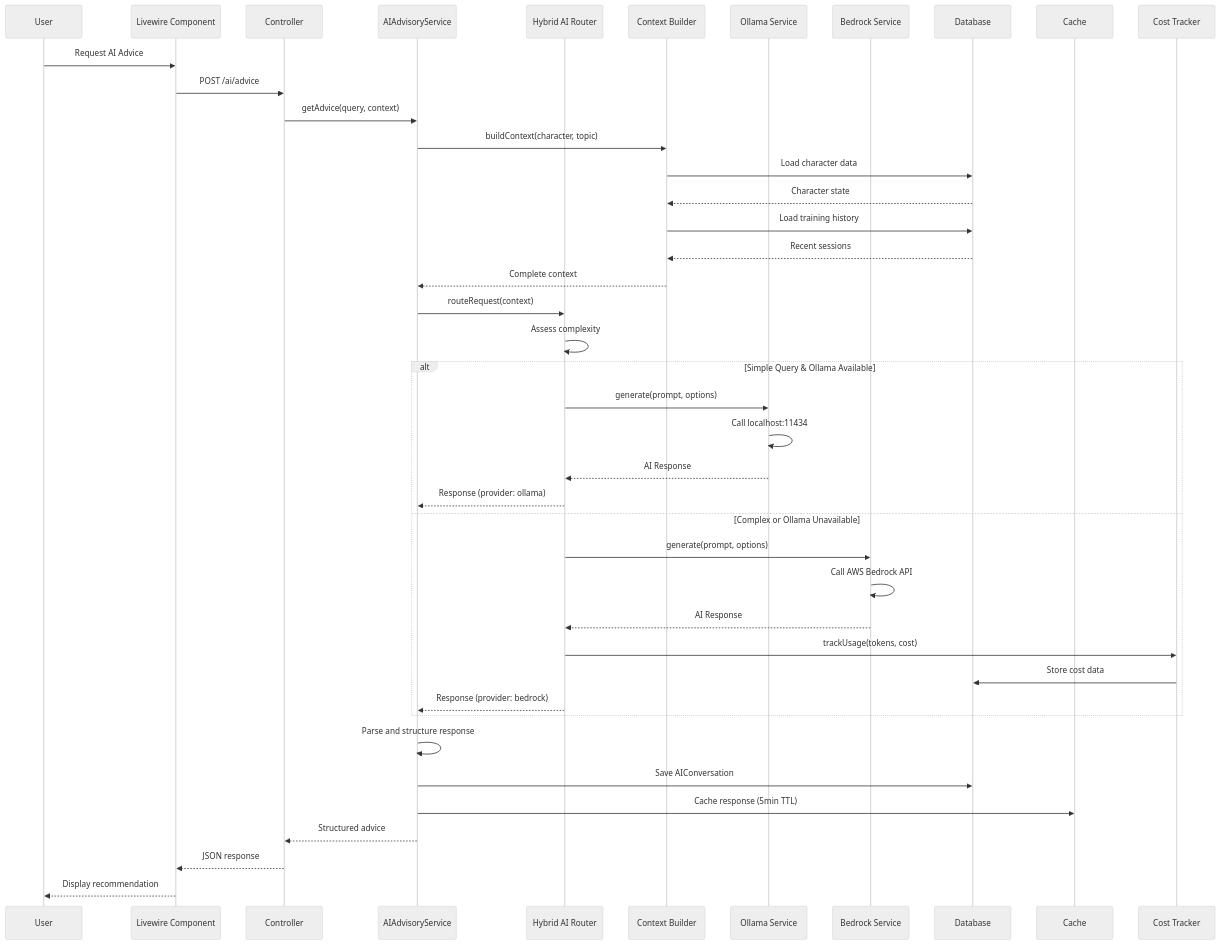
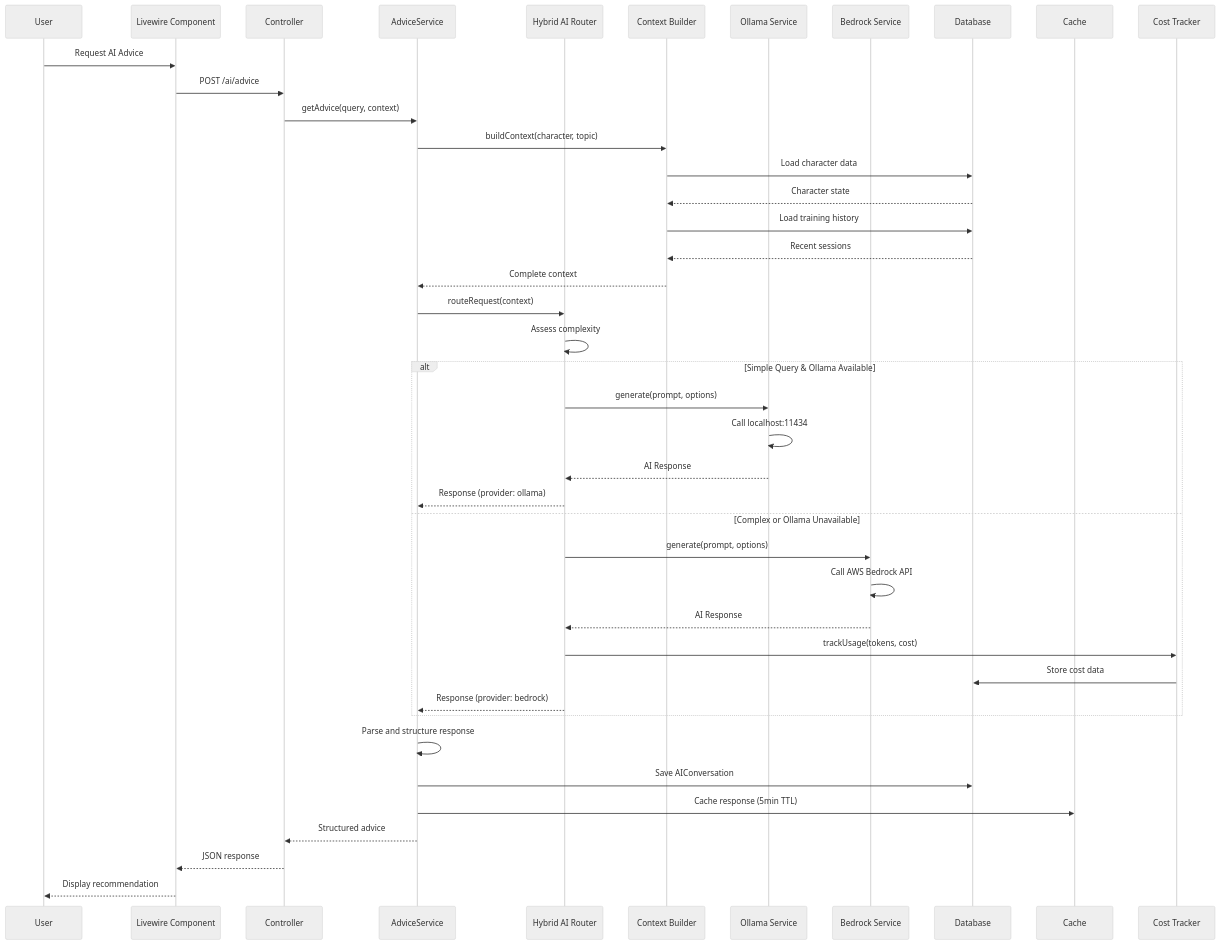
The second of 9 diagrams in docs/01-tech-flow/TECH-FLOW-006_AI_Advisory_Flow.md (exatfrds67/umamusume-career-planner), drawn with Mermaid (neutral theme) before and after one commit. The commit also changed other lines of this file and 111 other files, not shown here.

````diff
--- a/docs/01-tech-flow/TECH-FLOW-006_AI_Advisory_Flow.md
+++ b/docs/01-tech-flow/TECH-FLOW-006_AI_Advisory_Flow.md
@@ -154,50 +154,50 @@
 ```mermaid
 sequenceDiagram
     participant User
     participant UI as Livewire Component
     participant Controller
-    participant Advisory as AIAdvisoryService
+    participant Advisory as AdviceService
     participant Router as Hybrid AI Router
     participant Context as Context Builder
     participant Ollama as Ollama Service
     participant Bedrock as Bedrock Service
     participant DB as Database
     participant Cache
     participant Cost as Cost Tracker
 
     User->>UI: Request AI Advice
     UI->>Controller: POST /ai/advice
     Controller->>Advisory: getAdvice(query, context)
     
     Advisory->>Context: buildContext(character, topic)
     Context->>DB: Load character data
     DB-->>Context: Character state
     Context->>DB: Load training history
     DB-->>Context: Recent sessions
     Context-->>Advisory: Complete context
     
     Advisory->>Router: routeRequest(context)
     Router->>Router: Assess complexity
     
     alt Simple Query & Ollama Available
         Router->>Ollama: generate(prompt, options)
         Ollama->>Ollama: Call localhost:11434
         Ollama-->>Router: AI Response
         Router-->>Advisory: Response (provider: ollama)
     else Complex or Ollama Unavailable
         Router->>Bedrock: generate(prompt, options)
         Bedrock->>Bedrock: Call AWS Bedrock API
         Bedrock-->>Router: AI Response
         Router->>Cost: trackUsage(tokens, cost)
         Cost->>DB: Store cost data
         Router-->>Advisory: Response (provider: bedrock)
     end
     
     Advisory->>Advisory: Parse and structure response
     Advisory->>DB: Save AIConversation
     Advisory->>Cache: Cache response (5min TTL)
     
     Advisory-->>Controller: Structured advice
     Controller-->>UI: JSON response
     UI-->>User: Display recommendation
 ```
````
